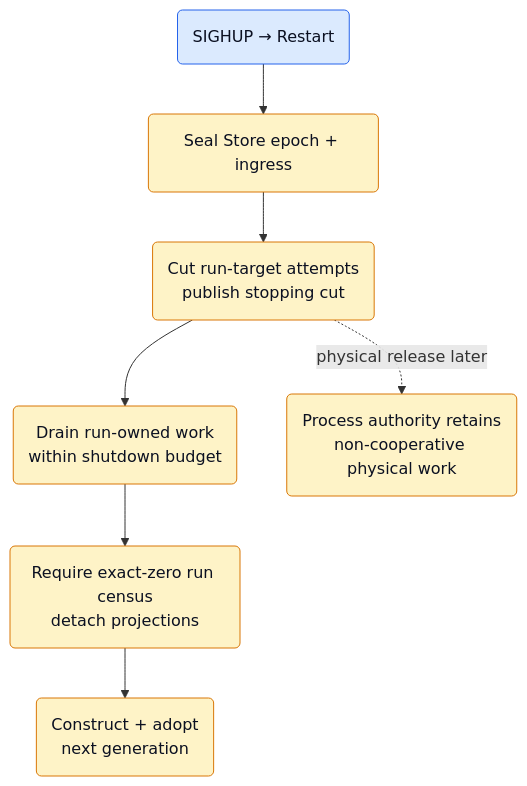
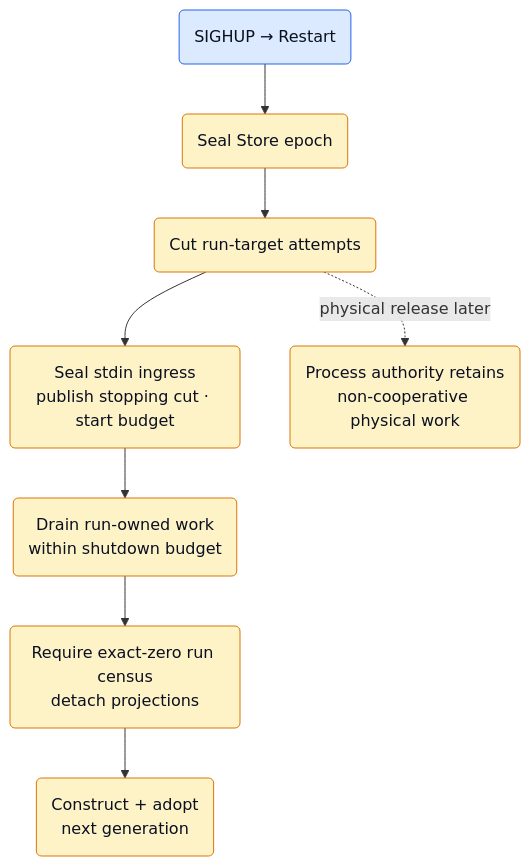
One commit to netdata/netdata changed diagram 11 of 11 in src/go/plugin/agent/jobmgr/ARCHITECTURE.md. Above: the diagram before and after it, drawn with Mermaid. The commit also changed other lines of this file and 1 other file, not shown here.

````diff
--- a/src/go/plugin/agent/jobmgr/ARCHITECTURE.md
+++ b/src/go/plugin/agent/jobmgr/ARCHITECTURE.md
@@ -793,18 +840,19 @@
 ```mermaid
 flowchart TD
     HUP("SIGHUP → Restart")
-    Seal("Seal Store epoch + ingress")
-    Cut("Cut run-target attempts<br/>publish stopping cut")
+    Seal("Seal Store epoch")
+    Cut("Cut run-target attempts")
+    Ingress("Seal stdin ingress<br/>publish stopping cut · start budget")
     Drain("Drain run-owned work<br/>within shutdown budget")
     Census("Require exact-zero run census<br/>detach projections")
     Next("Construct + adopt<br/>next generation")
     Retained("Process authority retains<br/>non-cooperative physical work")
 
-    HUP --> Seal --> Cut --> Drain --> Census --> Next
+    HUP --> Seal --> Cut --> Ingress --> Drain --> Census --> Next
     Cut -. "physical release later" .-> Retained
 
     classDef ext fill:#dbeafe,stroke:#2563eb,color:#0b1021;
     classDef core fill:#fef3c7,stroke:#d97706,color:#0b1021;
     class HUP ext;
-    class Seal,Cut,Drain,Census,Next,Retained core;
+    class Seal,Cut,Ingress,Drain,Census,Next,Retained core;
 ```
````
